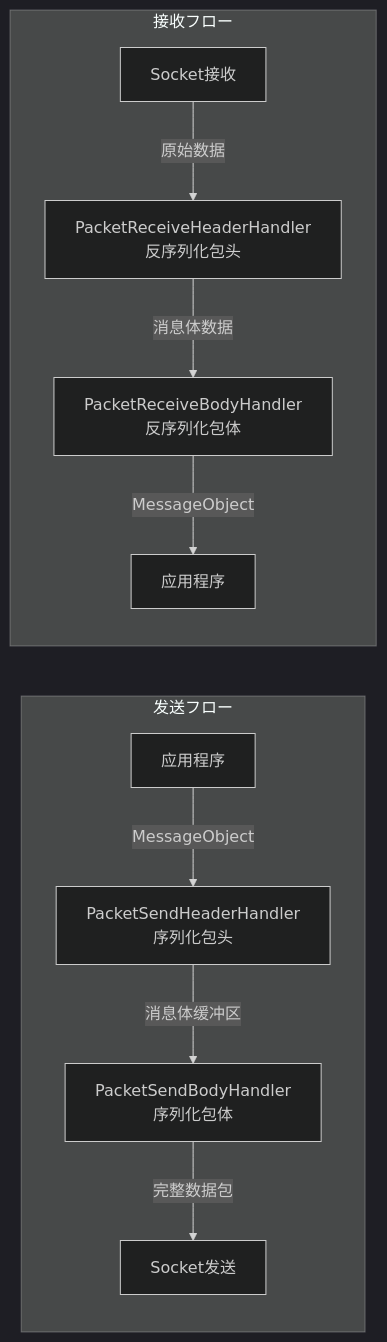
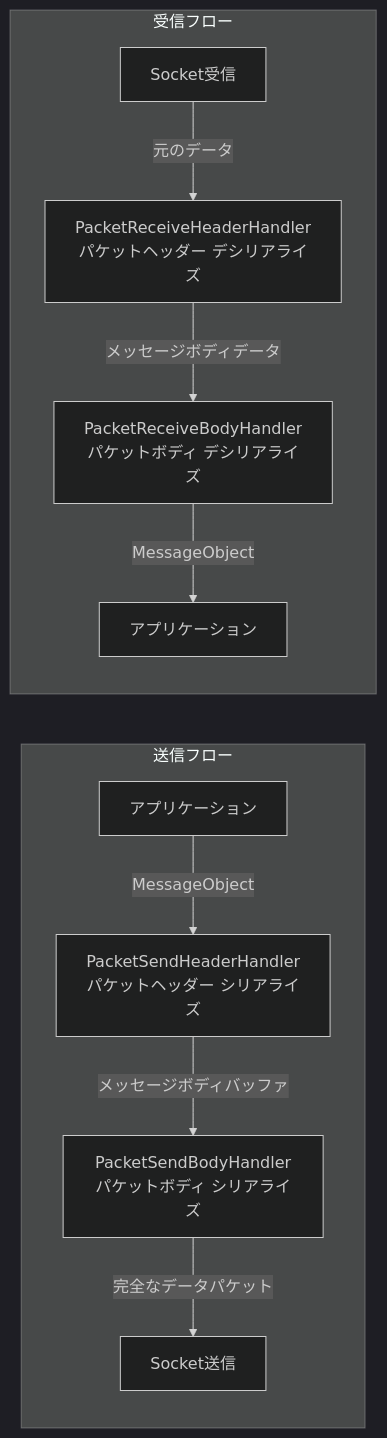
One commit to AlianBlank/GameFrameX.Docs changed the second of 7 diagrams in docs/ja/client/unity/component/network/01.overview.md. Above: the diagram before and after it, drawn with Mermaid (dark theme). The commit also changed other lines of this file and 320 other files, not shown here.

````diff
--- a/docs/ja/client/unity/component/network/01.overview.md
+++ b/docs/ja/client/unity/component/network/01.overview.md
@@ -129,14 +129,14 @@
 ```mermaid
 flowchart LR
-    subgraph Send["发送フロー"]
-        App[应用程序] -->|MessageObject| PSH[PacketSendHeaderHandler<br/>序列化包头]
-        PSH -->|消息体缓冲区| PSB[PacketSendBodyHandler<br/>序列化包体]
-        PSB -->|完整数据包| Socket[Socket发送]
+    subgraph Send["送信フロー"]
+        App[アプリケーション] -->|MessageObject| PSH[PacketSendHeaderHandler<br/>パケットヘッダー シリアライズ]
+        PSH -->|メッセージボディバッファ| PSB[PacketSendBodyHandler<br/>パケットボディ シリアライズ]
+        PSB -->|完全なデータパケット| Socket[Socket送信]
     end
     
-    subgraph Receive["接收フロー"]
-        Socket2[Socket接收] -->|原始数据| PRH[PacketReceiveHeaderHandler<br/>反序列化包头]
-        PRH -->|消息体数据| PRB[PacketReceiveBodyHandler<br/>反序列化包体]
-        PRB -->|MessageObject| App2[应用程序]
+    subgraph Receive["受信フロー"]
+        Socket2[Socket受信] -->|元のデータ| PRH[PacketReceiveHeaderHandler<br/>パケットヘッダー デシリアライズ]
+        PRH -->|メッセージボディデータ| PRB[PacketReceiveBodyHandler<br/>パケットボディ デシリアライズ]
+        PRB -->|MessageObject| App2[アプリケーション]
     end
 ```
````
